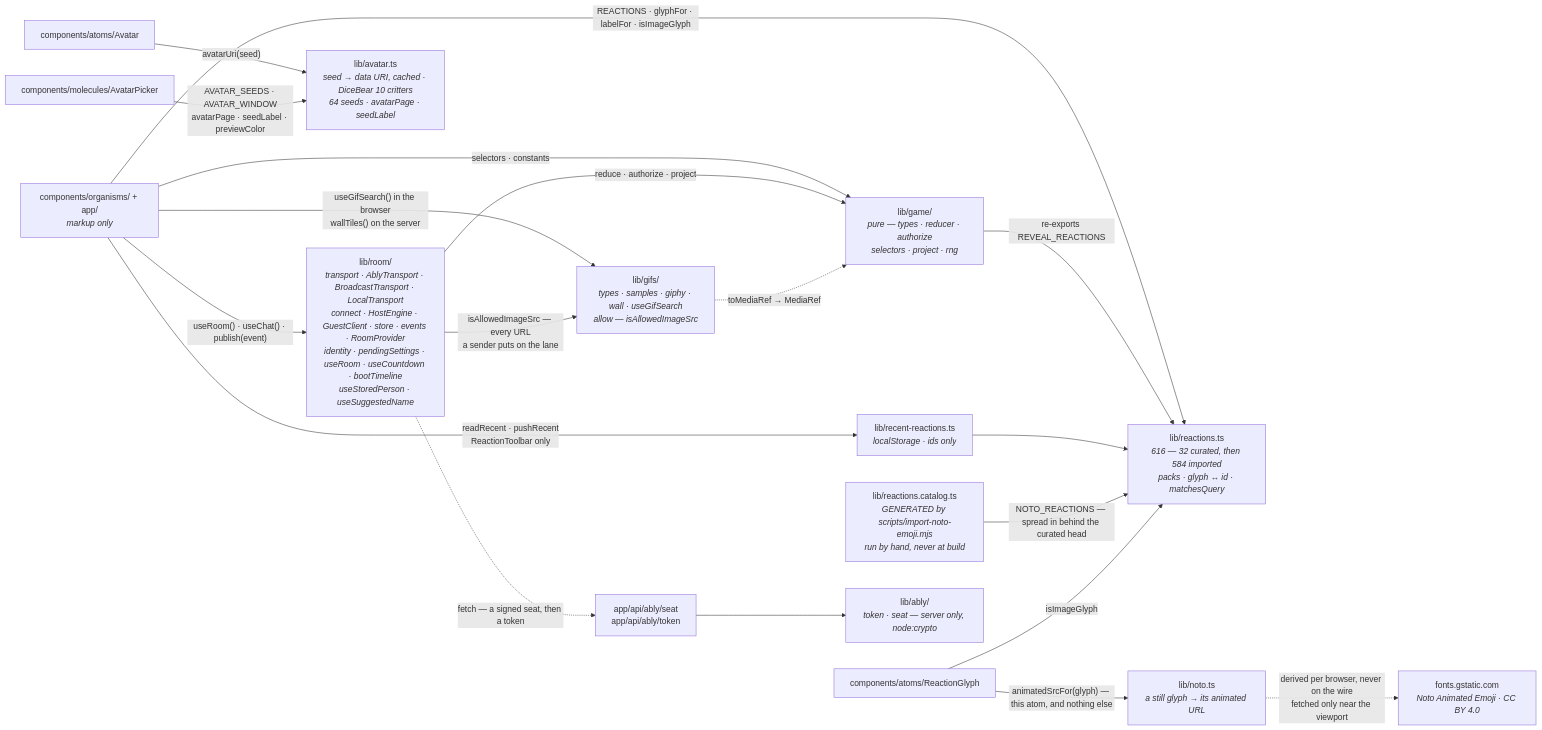
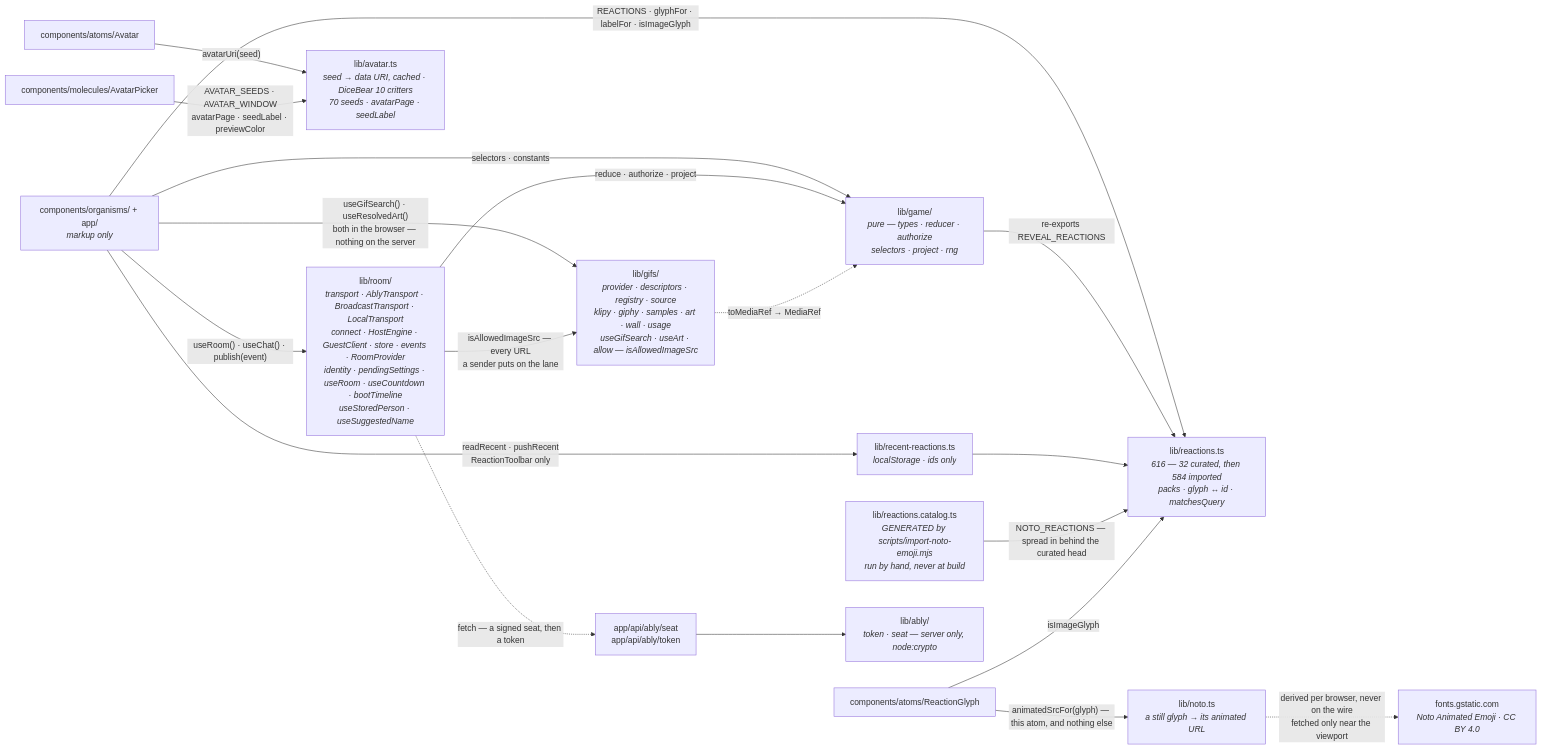
The second of 12 diagrams in docs/architecture.md (Jmeza081/captionist), drawn with Mermaid before and after one commit. The commit also changed other lines of this file and 43 other files, not shown here.

````diff
--- a/docs/architecture.md
+++ b/docs/architecture.md
@@ -755,36 +808,36 @@
 ```mermaid
 graph LR
   U["components/organisms/ + app/<br/><i>markup only</i>"]
   R["lib/room/<br/><i>transport · AblyTransport · BroadcastTransport · LocalTransport<br/>connect · HostEngine · GuestClient · store · events · RoomProvider<br/>identity · pendingSettings · useRoom · useCountdown · bootTimeline<br/>useStoredPerson · useSuggestedName</i>"]
   G["lib/game/<br/><i>pure — types · reducer · authorize<br/>selectors · project · rng</i>"]
-  F["lib/gifs/<br/><i>types · samples · giphy · wall · useGifSearch<br/>allow — isAllowedImageSrc</i>"]
-  AV["lib/avatar.ts<br/><i>seed → data URI, cached · DiceBear 10 critters<br/>64 seeds · avatarPage · seedLabel</i>"]
+  F["lib/gifs/<br/><i>provider · descriptors · registry · source<br/>klipy · giphy · samples · art · wall · usage<br/>useGifSearch · useArt · allow — isAllowedImageSrc</i>"]
+  AV["lib/avatar.ts<br/><i>seed → data URI, cached · DiceBear 10 critters<br/>70 seeds · avatarPage · seedLabel</i>"]
   RX["lib/reactions.ts<br/><i>616 — 32 curated, then 584 imported<br/>packs · glyph ↔ id · matchesQuery</i>"]
   CAT["lib/reactions.catalog.ts<br/><i>GENERATED by scripts/import-noto-emoji.mjs<br/>run by hand, never at build</i>"]
   NO["lib/noto.ts<br/><i>a still glyph → its animated URL</i>"]
   GST["fonts.gstatic.com<br/><i>Noto Animated Emoji · CC BY 4.0</i>"]
   RC["lib/recent-reactions.ts<br/><i>localStorage · ids only</i>"]
   AT["components/atoms/Avatar"]
   PK["components/molecules/AvatarPicker"]
   GL["components/atoms/ReactionGlyph"]
   TKR["app/api/ably/seat<br/>app/api/ably/token"]
   ABL["lib/ably/<br/><i>token · seat — server only, node:crypto</i>"]
   U -->|"useRoom() · useChat() · publish(event)"| R
   U -->|"REACTIONS · glyphFor · labelFor · isImageGlyph"| RX
   U -->|"readRecent · pushRecent<br/>ReactionToolbar only"| RC
-  U -->|"useGifSearch() in the browser<br/>wallTiles() on the server"| F
+  U -->|"useGifSearch() · useResolvedArt()<br/>both in the browser — nothing on the server"| F
   U -->|"selectors · constants"| G
   AT -->|"avatarUri(seed)"| AV
   PK -->|"AVATAR_SEEDS · AVATAR_WINDOW<br/>avatarPage · seedLabel · previewColor"| AV
   R -->|"reduce · authorize · project"| G
   R -->|"isAllowedImageSrc — every URL<br/>a sender puts on the lane"| F
   G -->|"re-exports REVEAL_REACTIONS"| RX
   RC --> RX
   CAT -->|"NOTO_REACTIONS — spread in behind the curated head"| RX
   GL -->|"isImageGlyph"| RX
   GL -->|"animatedSrcFor(glyph) — this atom, and nothing else"| NO
   NO -.->|"derived per browser, never on the wire<br/>fetched only near the viewport"| GST
   R -.->|"fetch — a signed seat, then a token"| TKR
   TKR --> ABL
   F -.->|"toMediaRef → MediaRef"| G
 ```
````
